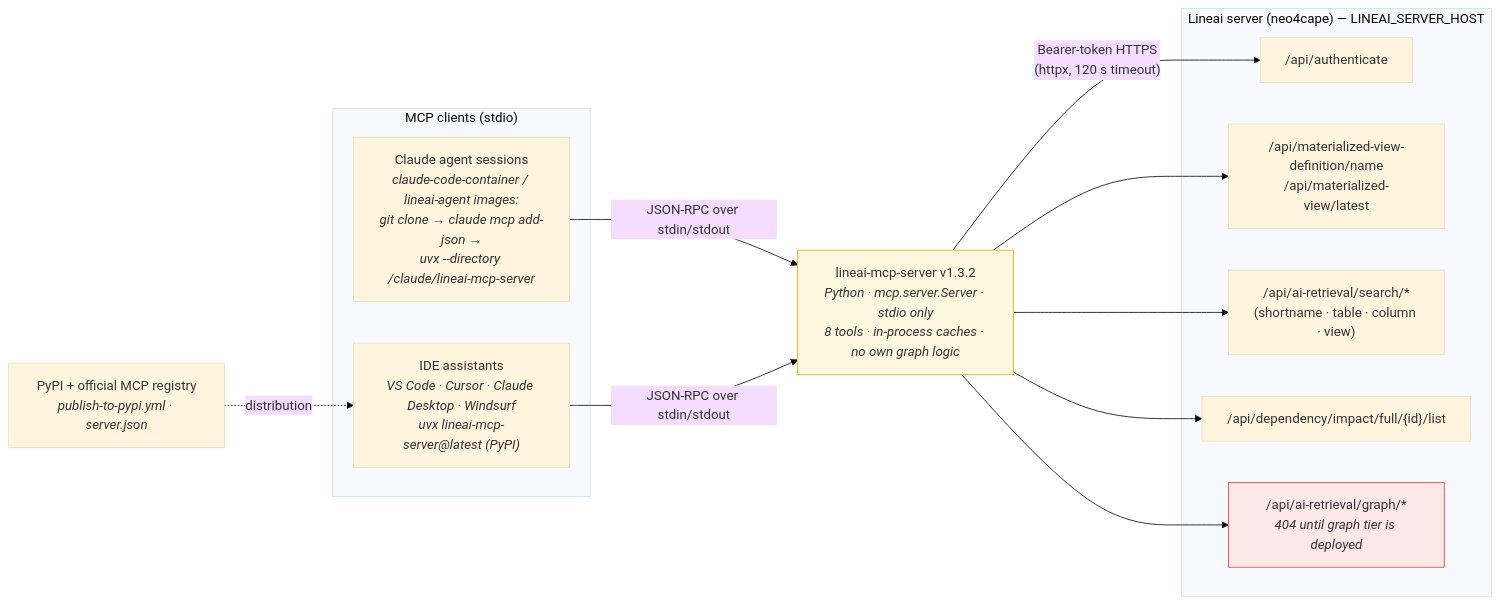
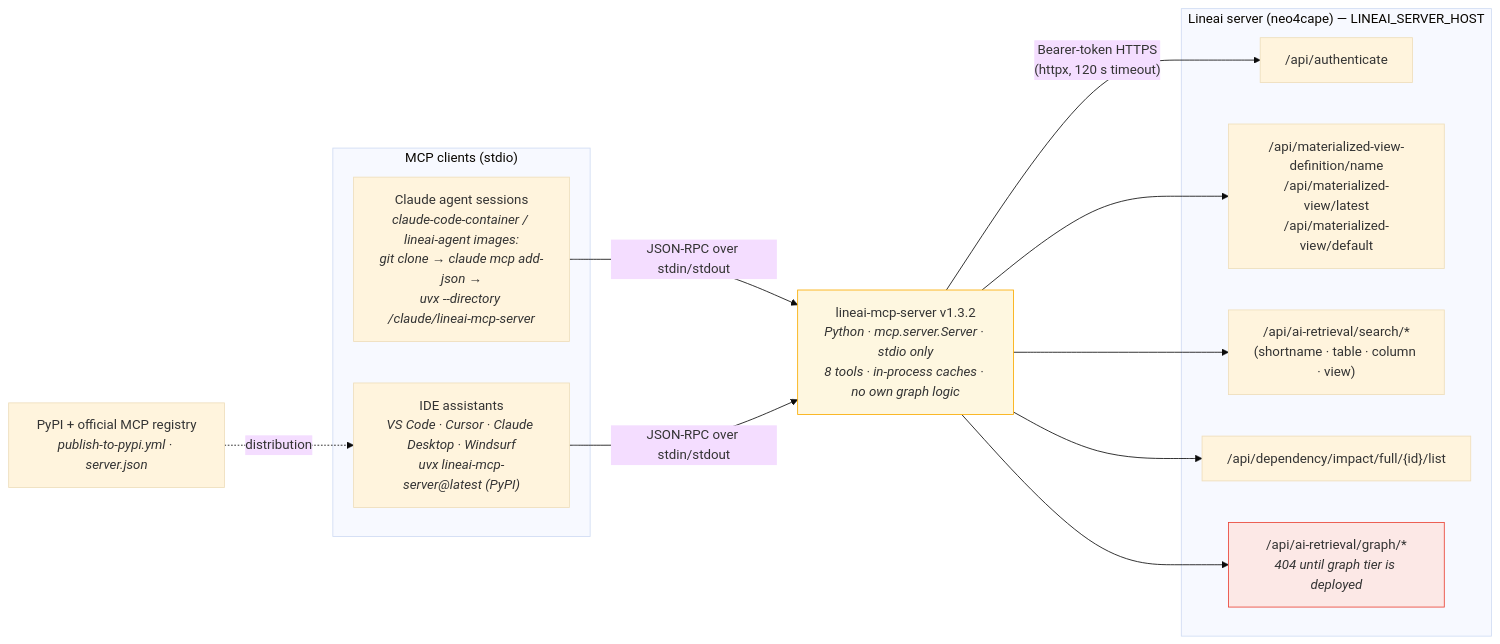
The first of 5 diagrams in docs/architecture-diagrams.md (lineai-intelligence/lineai-mcp-server), drawn with Mermaid (base theme) before and after one commit. The commit also changed other lines of this file and 3 other files, not shown here.

First line of the commit message:
LIN-699 docs: align architecture docs and README with the merged code

````diff
--- a/docs/architecture-diagrams.md
+++ b/docs/architecture-diagrams.md
@@ -15,31 +18,31 @@
 ```mermaid
 flowchart LR
     subgraph CLIENTS["MCP clients (stdio)"]
         AGENTS["Claude agent sessions<br/><i>claude-code-container / lineai-agent images:<br/>git clone → claude mcp add-json →<br/>uvx --directory /claude/lineai-mcp-server</i>"]
         IDES["IDE assistants<br/><i>VS Code · Cursor · Claude Desktop · Windsurf<br/>uvx lineai-mcp-server@latest (PyPI)</i>"]
     end
 
     MCP["lineai-mcp-server v1.3.2<br/><i>Python · mcp.server.Server · stdio only<br/>8 tools · in-process caches · no own graph logic</i>"]
 
     subgraph LINEAI["Lineai server (neo4cape) — LINEAI_SERVER_HOST"]
         AUTH["/api/authenticate"]
-        MV["/api/materialized-view-definition/name<br/>/api/materialized-view/latest"]
+        MV["/api/materialized-view-definition/name<br/>/api/materialized-view/latest<br/>/api/materialized-view/default"]
         SEARCH["/api/ai-retrieval/search/*<br/>(shortname · table · column · view)"]
         IMPACT["/api/dependency/impact/full/{id}/list"]
         GRAPH["/api/ai-retrieval/graph/*<br/><i>404 until graph tier is deployed</i>"]
     end
 
     REG["PyPI + official MCP registry<br/><i>publish-to-pypi.yml · server.json</i>"]
 
     AGENTS -- "JSON-RPC over stdin/stdout" --> MCP
     IDES -- "JSON-RPC over stdin/stdout" --> MCP
     MCP -- "Bearer-token HTTPS<br/>(httpx, 120 s timeout)" --> AUTH
     MCP --> MV
     MCP --> SEARCH
     MCP --> IMPACT
     MCP --> GRAPH
     REG -. "distribution" .-> IDES
 
     style MCP fill:#fef7e0,stroke:#f9ab00
     style GRAPH fill:#fce8e6,stroke:#ea4335
 ```
````
